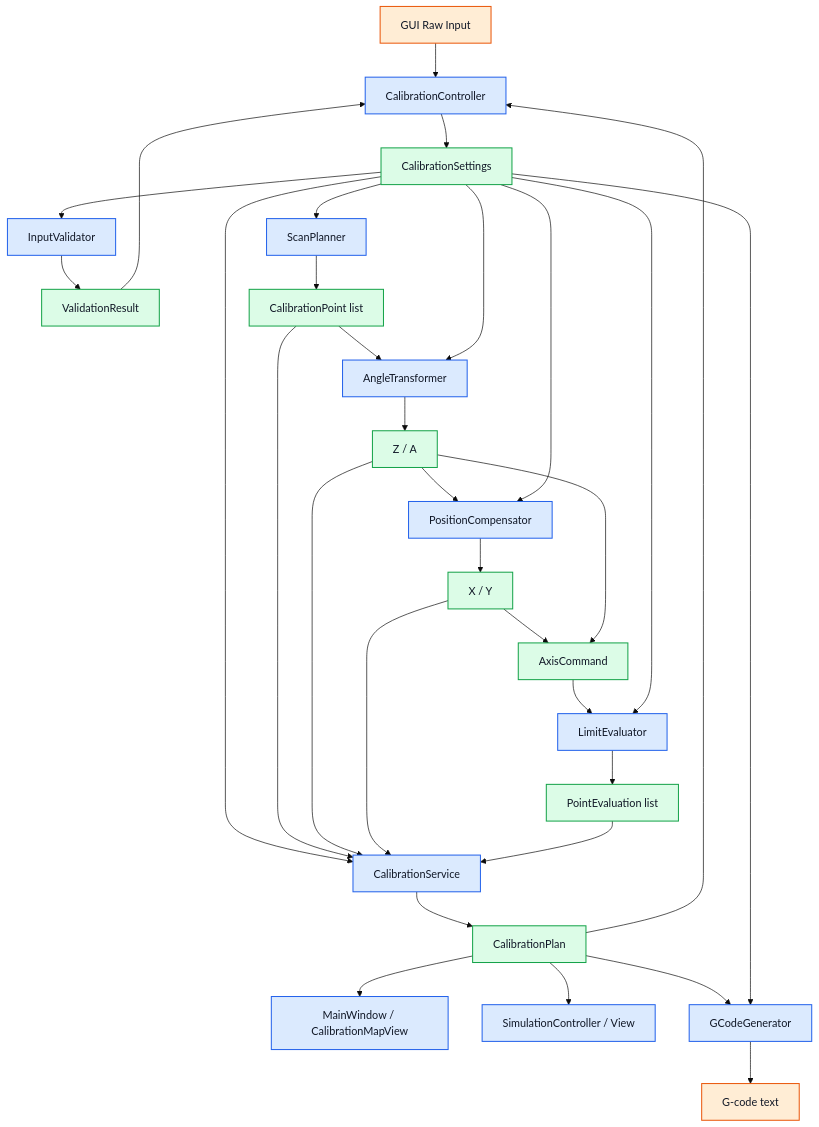
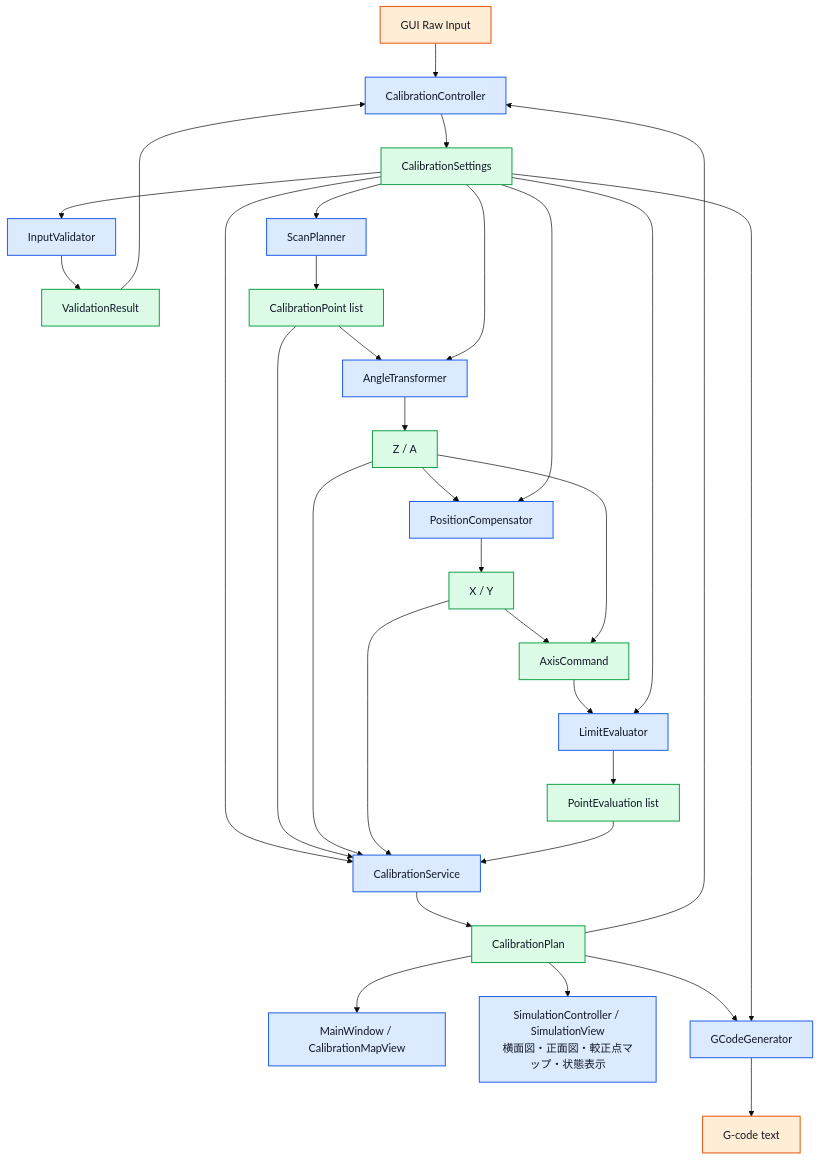
One commit to Pakfat50/FiveHolePitotTubeCalibration changed the tenth of 12 diagrams in docs/architecture_design.md. Above: the diagram before and after it, drawn with Mermaid (base theme). The commit also changed other lines of this file, not shown here.

Commit message:
docs: design simulation calibration map

````diff
--- a/docs/architecture_design.md
+++ b/docs/architecture_design.md
@@ -454,68 +463,68 @@
 ```mermaid
 flowchart TB
     Raw[GUI Raw Input]
     Settings[CalibrationSettings]
     Validator[InputValidator]
     Validation[ValidationResult]
     Controller[CalibrationController]
     Service[CalibrationService]
     Scan[ScanPlanner]
     Points[CalibrationPoint list]
     Transform[AngleTransformer]
     Angles[Z / A]
     Position[PositionCompensator]
     XY[X / Y]
     Cmd[AxisCommand]
     Limit[LimitEvaluator]
     Eval[PointEvaluation list]
     Plan[CalibrationPlan]
     GUI[MainWindow / CalibrationMapView]
-    Simulation[SimulationController / View]
+    Simulation[SimulationController / SimulationView\n横面図・正面図・較正点マップ・状態表示]
     GCode[GCodeGenerator]
     NC[G-code text]
 
     Raw --> Controller
     Controller --> Settings
 
     Settings --> Validator
     Validator --> Validation
     Validation --> Controller
 
     Settings --> Service
     Settings --> Scan
     Scan --> Points
     Points --> Service
 
     Points --> Transform
     Settings --> Transform
     Transform --> Angles
     Angles --> Service
 
     Angles --> Position
     Settings --> Position
     Position --> XY
     XY --> Service
 
     XY --> Cmd
     Angles --> Cmd
     Cmd --> Limit
     Settings --> Limit
     Limit --> Eval
     Eval --> Service
 
     Service --> Plan
     Plan --> Controller
     Plan --> GUI
     Plan --> Simulation
     Plan --> GCode
     Settings --> GCode
     GCode --> NC
 
     classDef module fill:#dbeafe,stroke:#2563eb,stroke-width:1.5px,color:#111827;
     classDef data fill:#dcfce7,stroke:#16a34a,stroke-width:1.5px,color:#111827;
     classDef external fill:#ffedd5,stroke:#ea580c,stroke-width:1.5px,color:#111827;
 
     class Validator,Controller,Service,Scan,Transform,Position,Limit,GUI,Simulation,GCode module;
     class Settings,Validation,Points,Angles,XY,Cmd,Eval,Plan data;
     class Raw,NC external;
 ```
````
